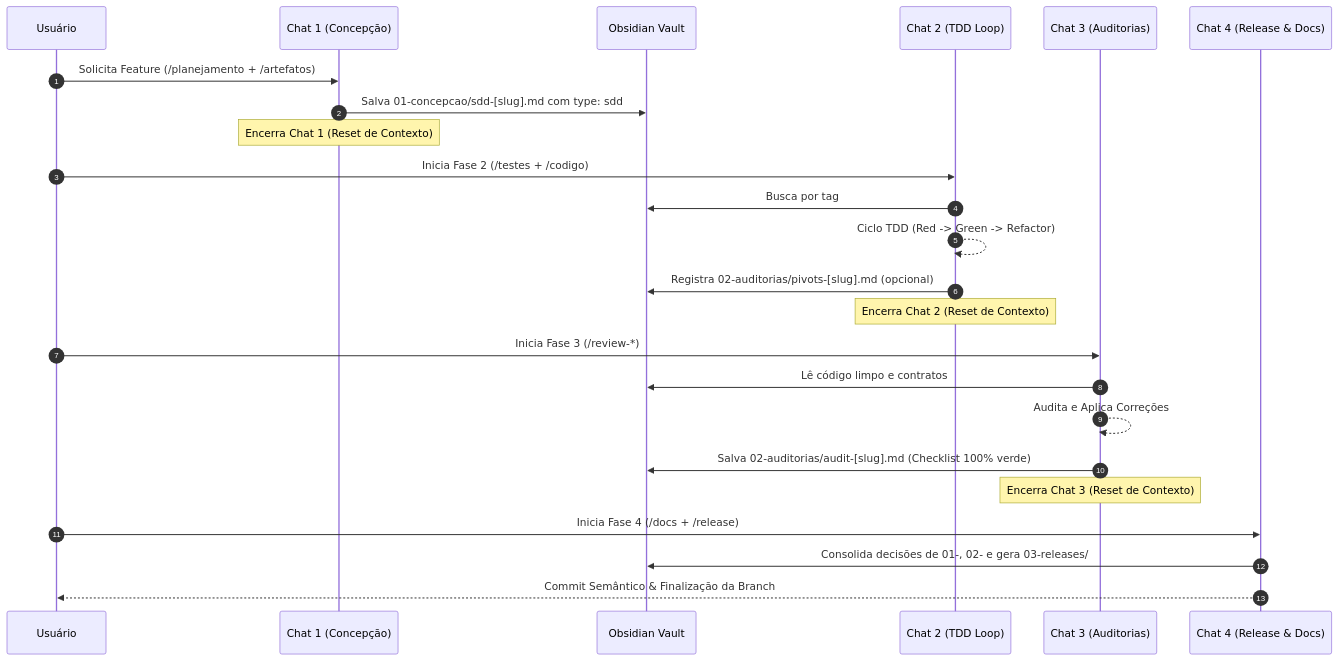
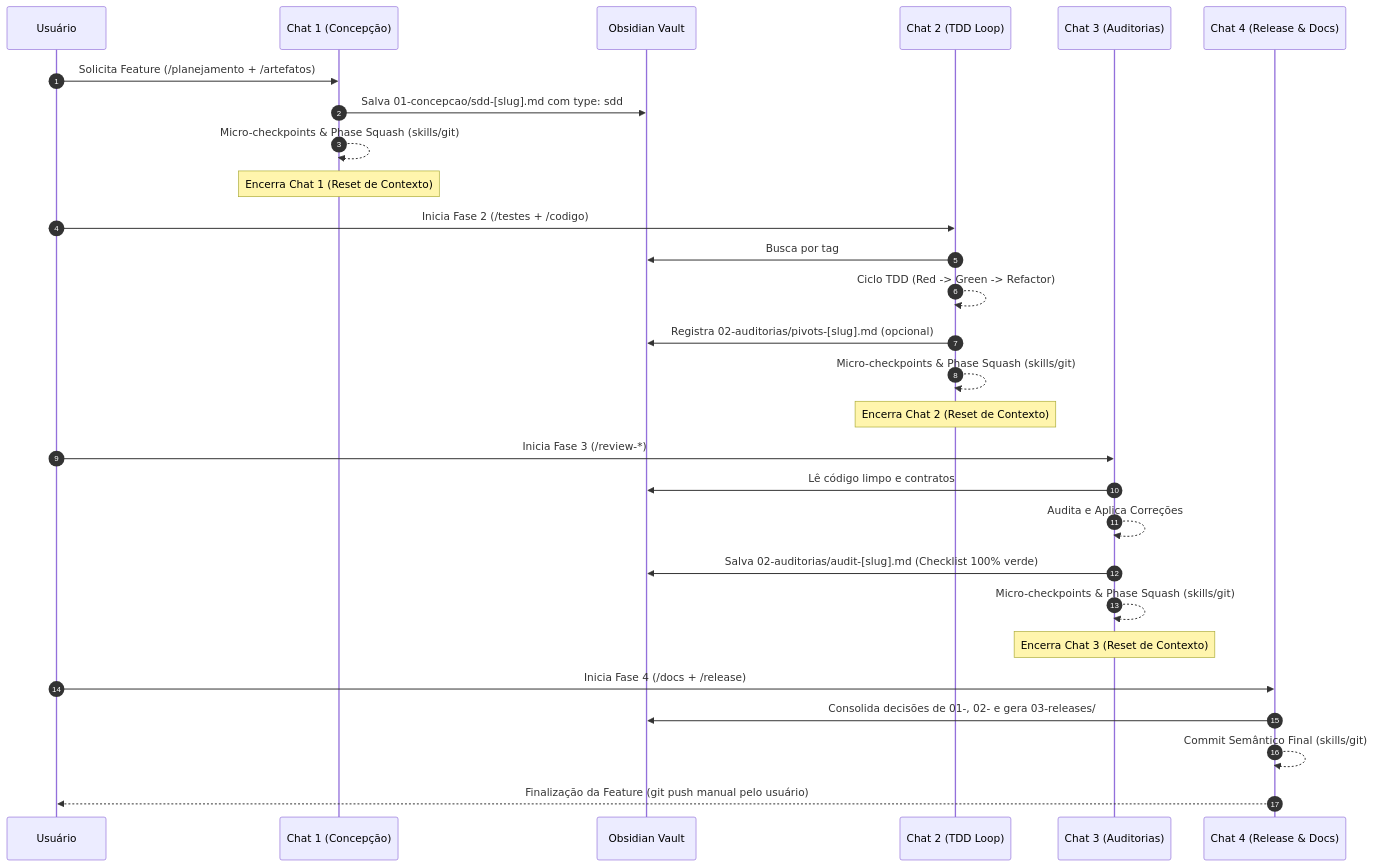
The diagram in docs-antigravity/guia-fluxo-desenvolvimento.md (MarcosVeniciu/antigravity-agentic-workflows), drawn with Mermaid before and after one commit. The commit also changed other lines of this file and 7 other files, not shown here.

````diff
--- a/docs-antigravity/guia-fluxo-desenvolvimento.md
+++ b/docs-antigravity/guia-fluxo-desenvolvimento.md
@@ -82,30 +82,34 @@
 ```mermaid
 sequenceDiagram
     autonumber
     participant U as Usuário
     participant C1 as Chat 1 (Concepção)
     participant V as Obsidian Vault
     participant C2 as Chat 2 (TDD Loop)
     participant C3 as Chat 3 (Auditorias)
     participant C4 as Chat 4 (Release & Docs)
 
     U->>C1: Solicita Feature (/planejamento + /artefatos)
     C1->>V: Salva 01-concepcao/sdd-[slug].md com type: sdd
+    C1-->>C1: Micro-checkpoints & Phase Squash (skills/git)
     Note over C1: Encerra Chat 1 (Reset de Contexto)
 
     U->>C2: Inicia Fase 2 (/testes + /codigo)
     C2->>V: Busca por tag #plan_implement e feature: [slug]
     C2-->>C2: Ciclo TDD (Red -> Green -> Refactor)
     C2->>V: Registra 02-auditorias/pivots-[slug].md (opcional)
+    C2-->>C2: Micro-checkpoints & Phase Squash (skills/git)
     Note over C2: Encerra Chat 2 (Reset de Contexto)
 
     U->>C3: Inicia Fase 3 (/review-*)
     C3->>V: Lê código limpo e contratos
     C3-->>C3: Audita e Aplica Correções
     C3->>V: Salva 02-auditorias/audit-[slug].md (Checklist 100% verde)
+    C3-->>C3: Micro-checkpoints & Phase Squash (skills/git)
     Note over C3: Encerra Chat 3 (Reset de Contexto)
 
     U->>C4: Inicia Fase 4 (/docs + /release)
     C4->>V: Consolida decisões de 01-, 02- e gera 03-releases/
-    C4-->>U: Commit Semântico & Finalização da Branch
+    C4-->>C4: Commit Semântico Final (skills/git)
+    C4-->>U: Finalização da Feature (git push manual pelo usuário)
 ```
````
